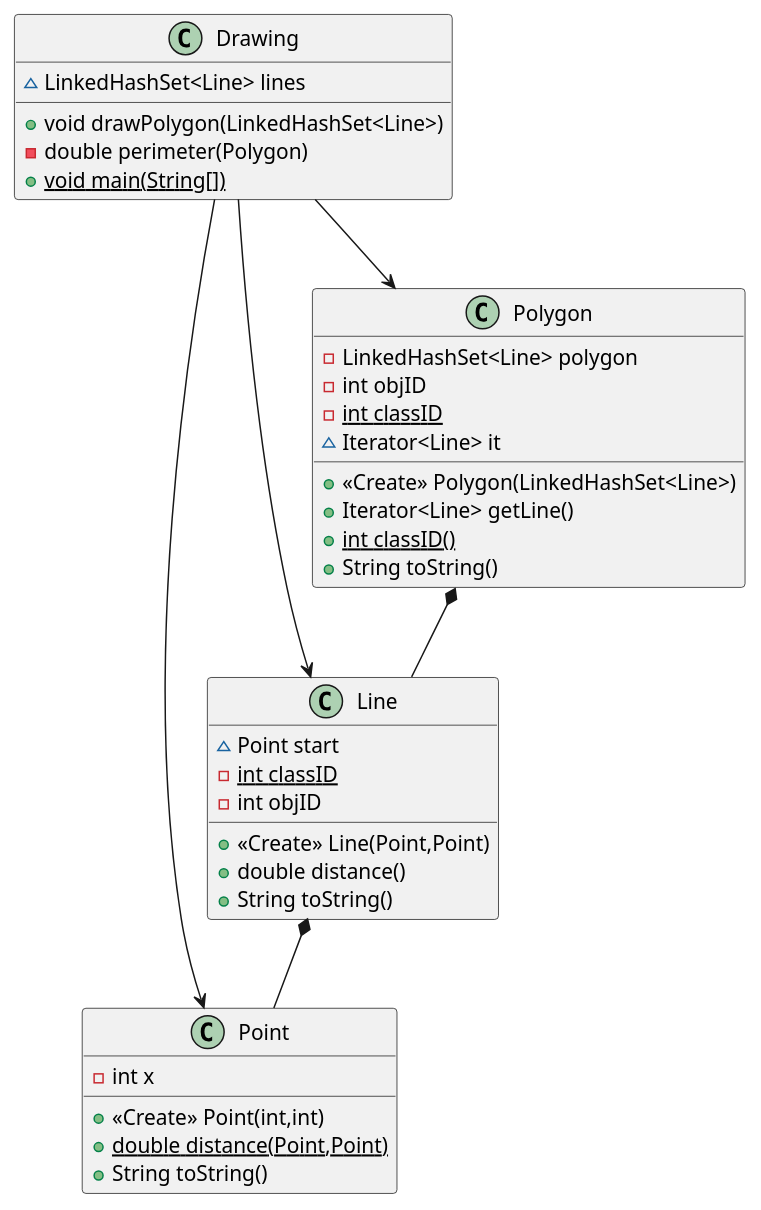
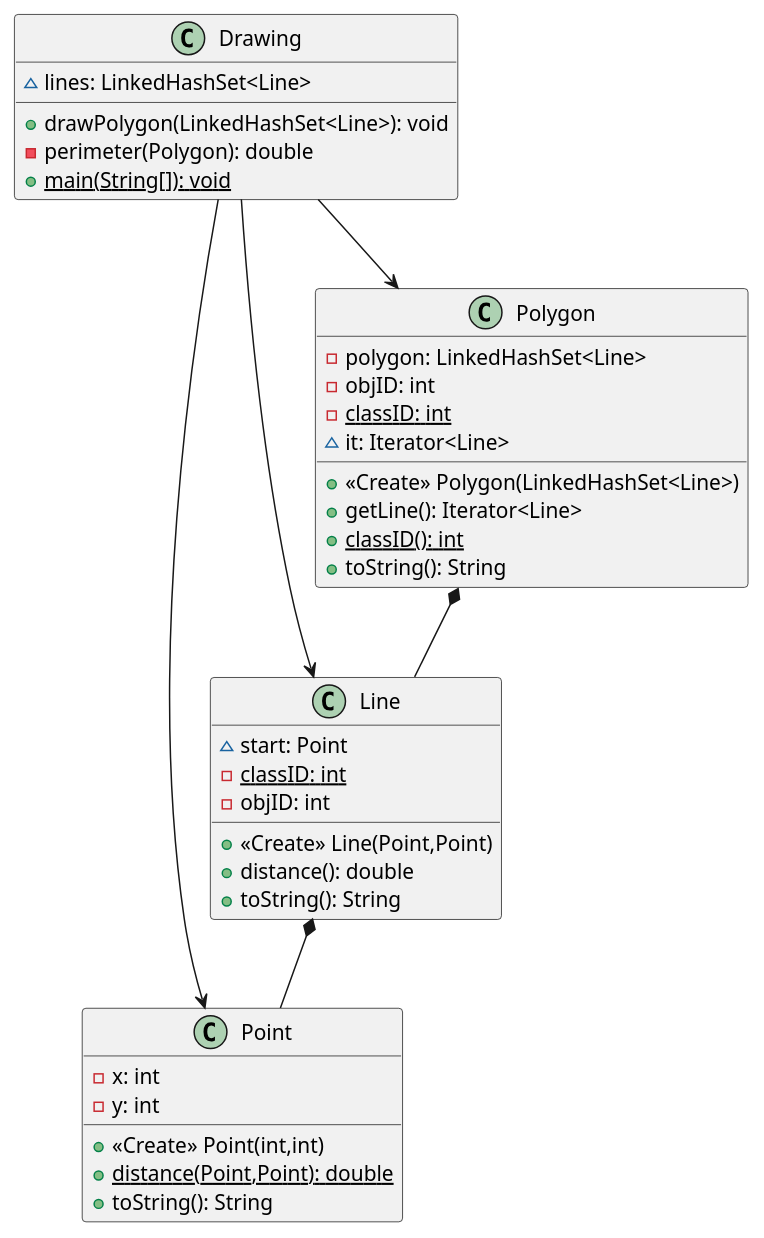
Before and after one commit to chvaldez10/MEng-Fall-Group: the diagram in Playground/Christian/Assignment 1/assignment1/drawing.puml, drawn with PlantUML. The commit also changed 4 other files, not shown here.

Commit message:
refactored UML diagram for Drawing

```diff
--- a/Playground/Christian/Assignment 1/assignment1/drawing.puml
+++ b/Playground/Christian/Assignment 1/assignment1/drawing.puml
@@ -1,38 +1,39 @@
 @startuml
     class Drawing {
-        ~ LinkedHashSet<Line> lines
-        + void drawPolygon(LinkedHashSet<Line>)
-        - double perimeter(Polygon)
-        + {static} void main(String[])
+        ~ lines: LinkedHashSet<Line>
+        + drawPolygon(LinkedHashSet<Line>): void
+        - perimeter(Polygon): double
+        + {static} main(String[]): void
     }
     class Point {
-        - int x
+        - x: int
+        - y: int
         + <<Create>> Point(int,int)
-        + {static} double distance(Point,Point)
-        + String toString()
+        + {static} distance(Point,Point): double
+        + toString(): String
     }
     class Line {
-        ~ Point start
-        - {static} int classID
-        - int objID
+        ~ start: Point
+        - {static} classID: int
+        - objID: int
         + <<Create>> Line(Point,Point)
-        + double distance()
-        + String toString()
+        + distance(): double
+        + toString(): String
     }
     class Polygon {
-        - LinkedHashSet<Line> polygon
-        - int objID
-        - {static} int classID
-        ~ Iterator<Line> it
+        - polygon: LinkedHashSet<Line>
+        - objID: int
+        - {static} classID: int
+        ~ it: Iterator<Line>
         + <<Create>> Polygon(LinkedHashSet<Line>)
-        + Iterator<Line> getLine()
-        + {static} int classID()
-        + String toString()
+        + getLine(): Iterator<Line>
+        + {static} classID(): int
+        + toString(): String
     }
 
     Drawing --> Line
     Drawing --> Polygon
     Drawing --> Point
     Line *-- Point
     Polygon *-- Line
 @enduml
```
